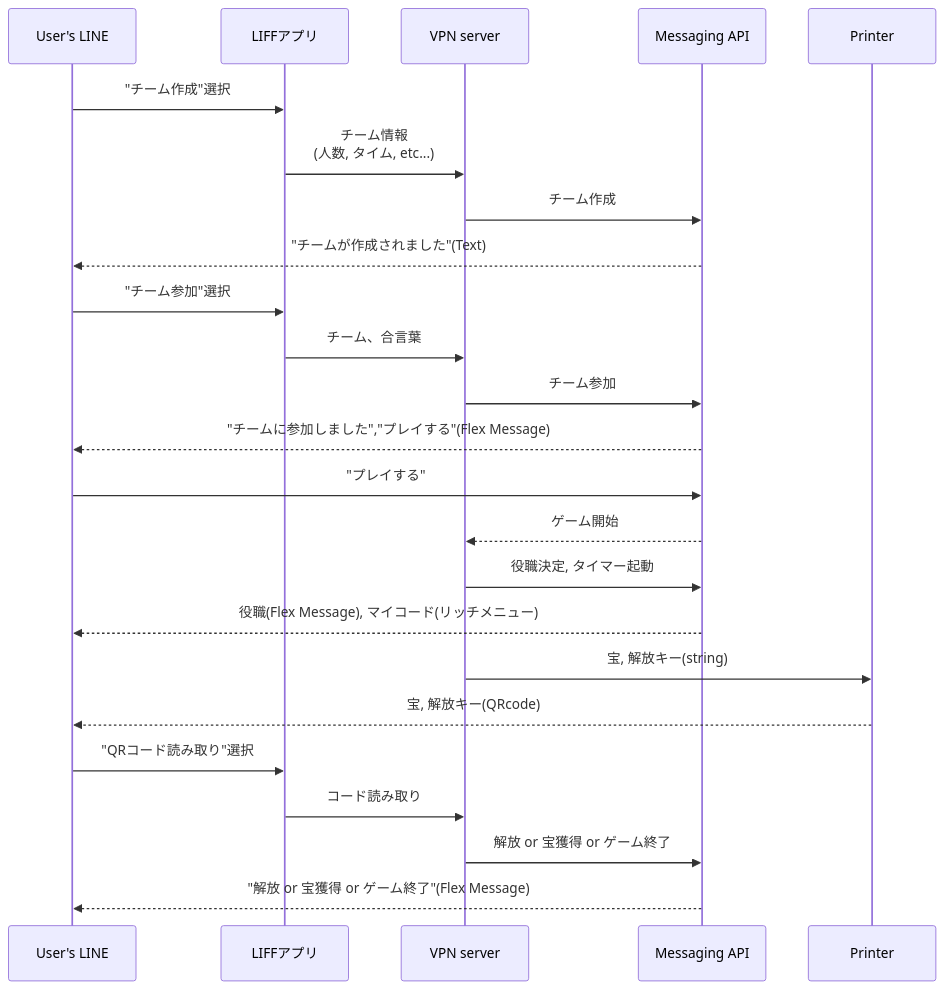
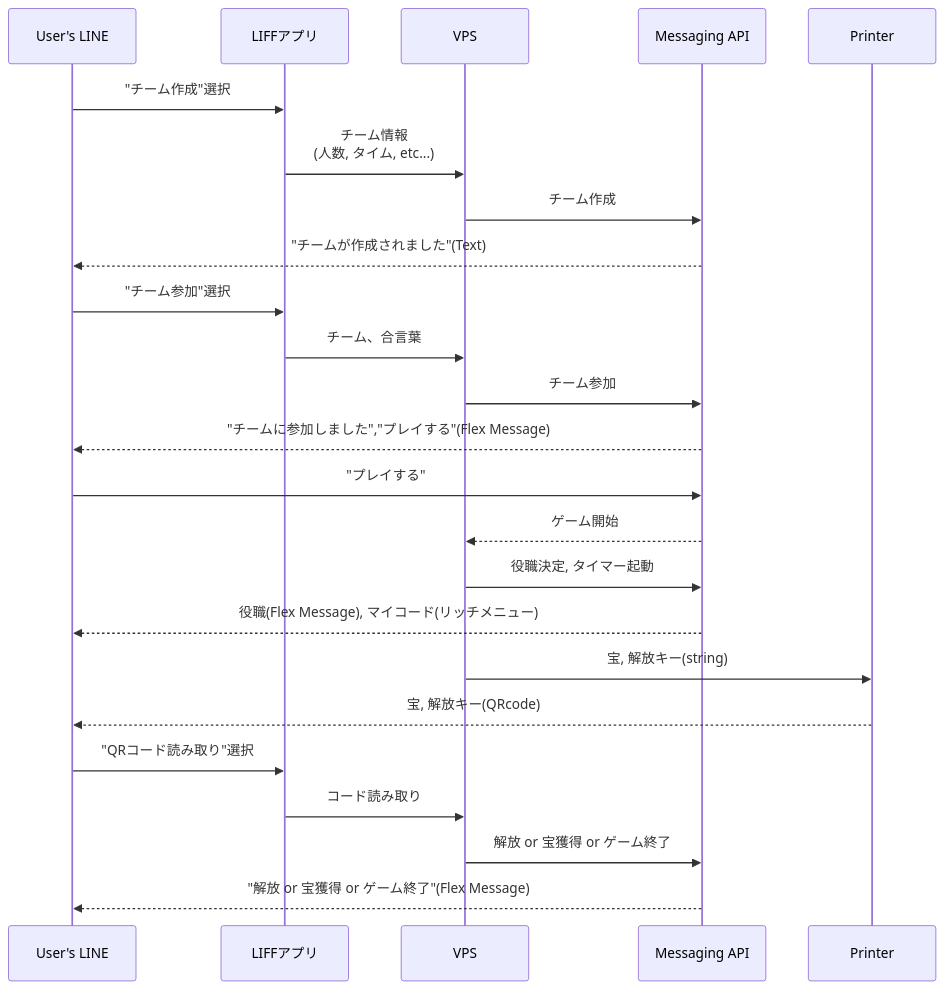
Before and after one commit to charokoukuu/line-bot-award-osaka2024: the diagram in assets/flow.md, drawn with Mermaid. The commit also changed 72 other files, not shown here.

````diff
--- a/assets/flow.md
+++ b/assets/flow.md
@@ -1,21 +1,21 @@
 ```mermaid
 sequenceDiagram
     User's LINE->>LIFFアプリ: "チーム作成"選択
-    LIFFアプリ->>VPN server: チーム情報 <br /> (人数, タイム, etc...)
-    VPN server ->>Messaging API: チーム作成
+    LIFFアプリ->>VPS: チーム情報 <br /> (人数, タイム, etc...)
+    VPS ->>Messaging API: チーム作成
     Messaging API -->> User's LINE: "チームが作成されました"(Text)
     User's LINE ->> LIFFアプリ: "チーム参加"選択
-		LIFFアプリ ->> VPN server: チーム、合言葉
-		VPN server ->> Messaging API: チーム参加
+		LIFFアプリ ->> VPS: チーム、合言葉
+		VPS ->> Messaging API: チーム参加
 		Messaging API -->> User's LINE: "チームに参加しました","プレイする"(Flex Message)
 		User's LINE ->> Messaging API: "プレイする"
-		Messaging API -->>VPN server: ゲーム開始
-		VPN server ->> Messaging API: 役職決定, タイマー起動
+		Messaging API -->>VPS: ゲーム開始
+		VPS ->> Messaging API: 役職決定, タイマー起動
 		Messaging API -->> User's LINE: 役職(Flex Message), マイコード(リッチメニュー) 
-		VPN server ->> Printer: 宝, 解放キー(string)
+		VPS ->> Printer: 宝, 解放キー(string)
 		Printer -->> User's LINE: 宝, 解放キー(QRcode)
 		User's LINE ->> LIFFアプリ: "QRコード読み取り"選択
-		LIFFアプリ ->> VPN server: コード読み取り
-		VPN server ->> Messaging API: 解放 or 宝獲得 or ゲーム終了
+		LIFFアプリ ->> VPS: コード読み取り
+		VPS ->> Messaging API: 解放 or 宝獲得 or ゲーム終了
 		Messaging API -->> User's LINE: "解放 or 宝獲得 or ゲーム終了"(Flex Message)
 ```
````
